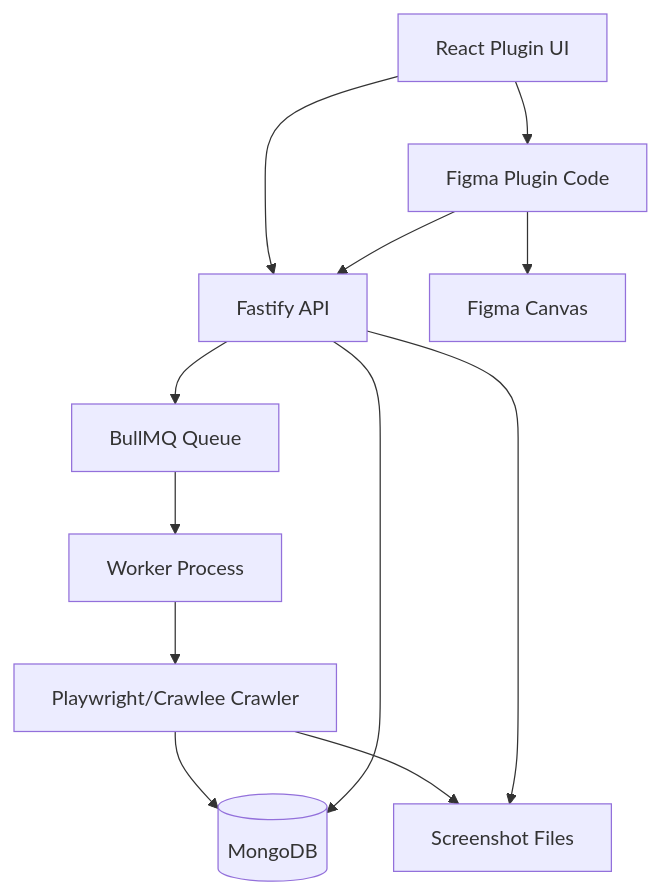
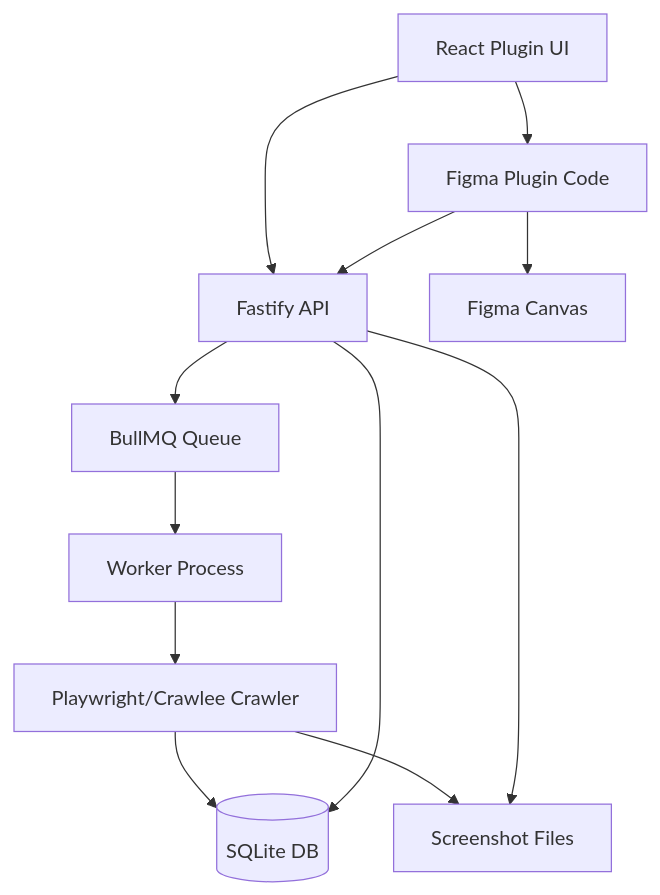
The diagram in docs/ARCHITECTURE.md (chillyweather/figma-site-mapper), drawn with Mermaid before and after one commit. The commit also changed other lines of this file and 10 other files, not shown here.

````diff
--- a/docs/ARCHITECTURE.md
+++ b/docs/ARCHITECTURE.md
@@ -10,14 +10,14 @@
 ```mermaid
 graph TB
     UI[React Plugin UI] --> Plugin[Figma Plugin Code]
     UI --> API[Fastify API]
     Plugin --> API
     API --> Queue[BullMQ Queue]
     Queue --> Worker[Worker Process]
     Worker --> Crawler[Playwright/Crawlee Crawler]
-    Crawler --> Mongo[(MongoDB)]
+    Crawler --> DB[(SQLite DB)]
     Crawler --> Files[Screenshot Files]
-    API --> Mongo
+    API --> DB
     API --> Files
     Plugin --> Figma[Figma Canvas]
 ```
````
